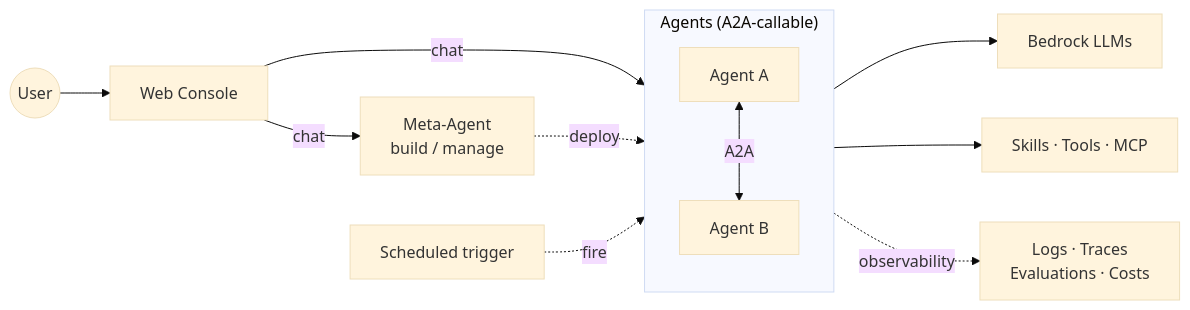
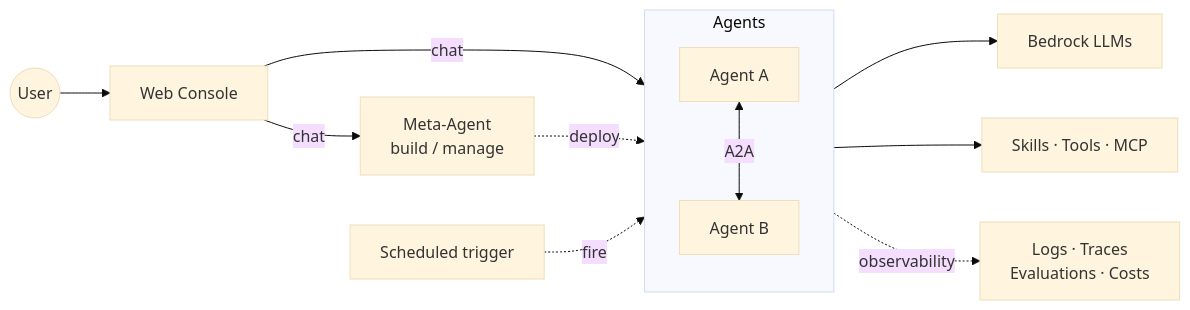
One commit to ddpie/agent-studio changed the second of 2 diagrams in README.md. Above: the diagram before and after it, drawn with Mermaid (base theme). The commit also changed other lines of this file, not shown here.

Commit message:
docs(readme): drop redundant A2A caption on Agents subgraph label

````diff
--- a/README.md
+++ b/README.md
@@ -109,17 +109,17 @@
 ```mermaid
 graph LR
     User((User)) --> Web[Web Console]
     Cron[Scheduled trigger]
     Web -->|chat| Meta[Meta-Agent<br/>build / manage]
 
-    subgraph Agents["Agents (A2A-callable)"]
+    subgraph Agents
         A1[Agent A] <-->|A2A| A2[Agent B]
     end
 
     Web -->|chat| Agents
     Meta -.deploy.-> Agents
     Cron -.fire.-> Agents
     Agents --> LLM[Bedrock LLMs]
     Agents --> Ext[Skills · Tools · MCP]
     Agents -.observability.-> Obs[Logs · Traces<br/>Evaluations · Costs]
 ```
````
